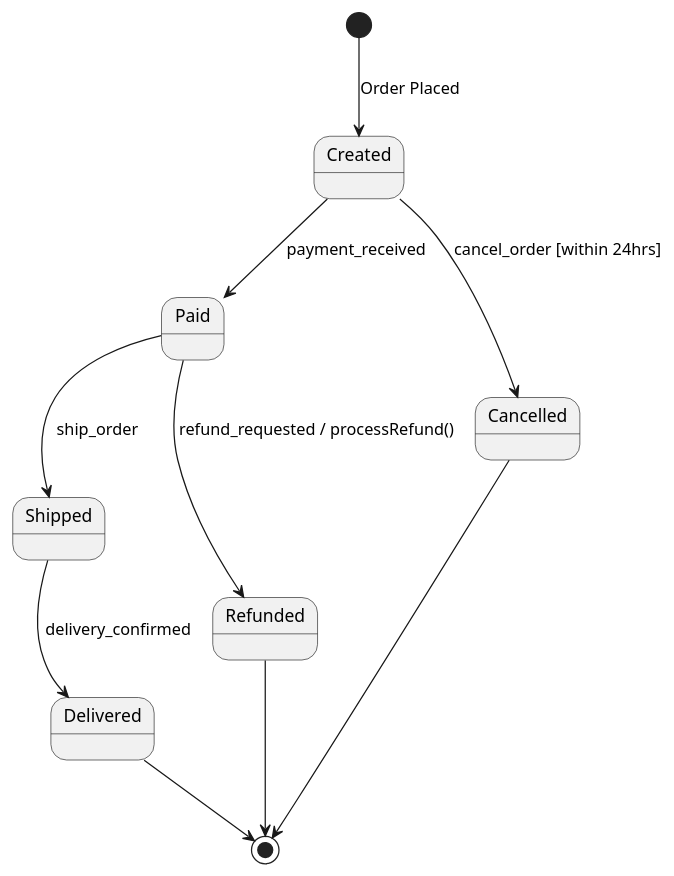
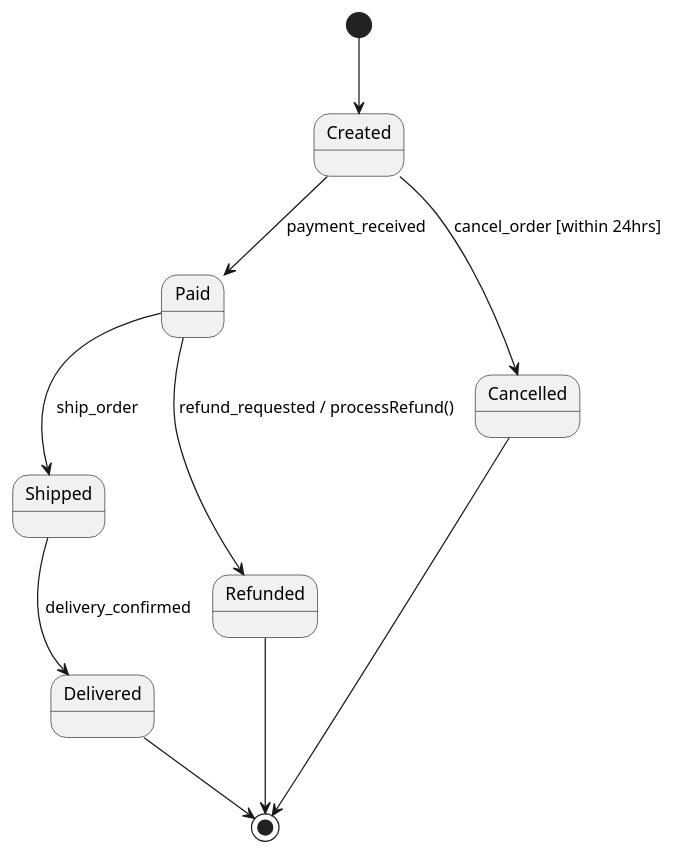
Before and after one commit to ArchesLab/ArchUML: diagram 19 of 49 in REFERENCE.md, drawn with PlantUML. The commit also changed other lines of this file and 1 other file, not shown here.

```diff
--- a/REFERENCE.md
+++ b/REFERENCE.md
@@ -1165,13 +1167,13 @@
 @startuml
-[*] --> Created : Order Placed
+[*] --> Created
 
 Created --> Paid : payment_received
 Paid --> Shipped : ship_order
 Shipped --> Delivered : delivery_confirmed
 Delivered --> [*]
 
 Created --> Cancelled : cancel_order [within 24hrs]
 Paid --> Refunded : refund_requested / processRefund()
 Cancelled --> [*]
 Refunded --> [*]
 @enduml
```
